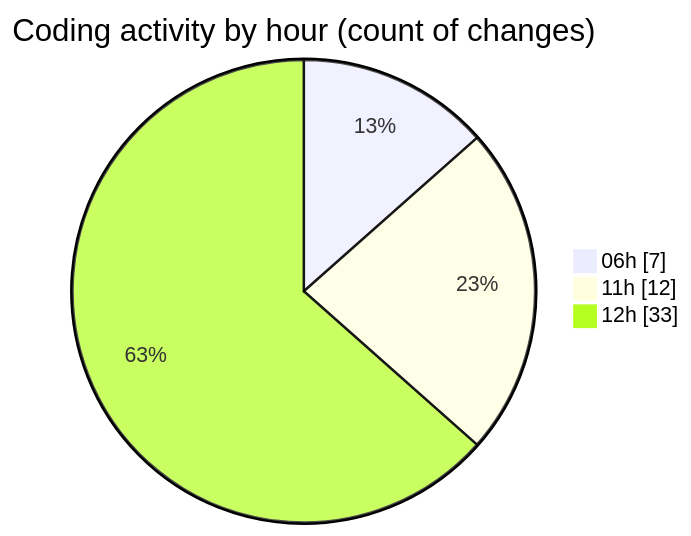
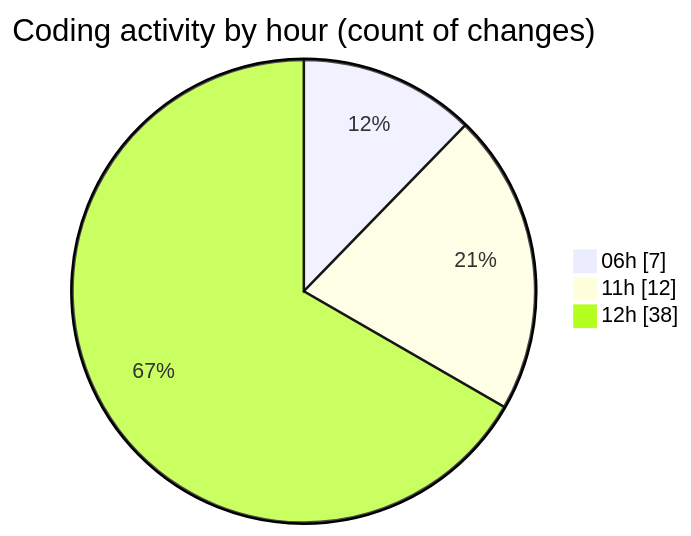
Before and after one commit to EIIisD/code-tracking: the second of 2 diagrams in 2025-07-14/ribbon/README.md, drawn with Mermaid. The commit also changed other lines of this file and 1 other file, not shown here.

````diff
--- a/2025-07-14/ribbon/README.md
+++ b/2025-07-14/ribbon/README.md
@@ -50,7 +50,7 @@
 ```mermaid
 pie showData
 title Coding activity by hour (count of changes)
 "06h" : 7
 "11h" : 12
-"12h" : 33
+"12h" : 38
 ```
````
